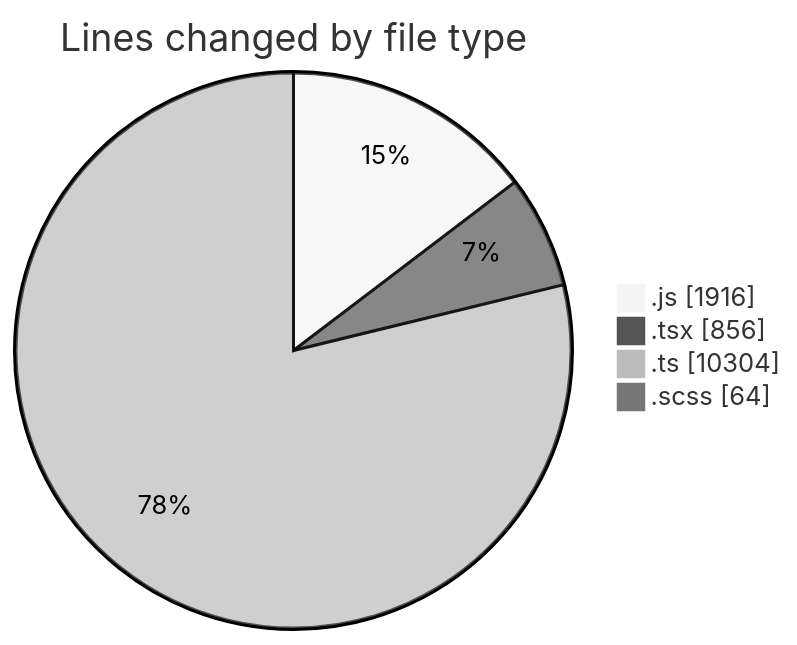
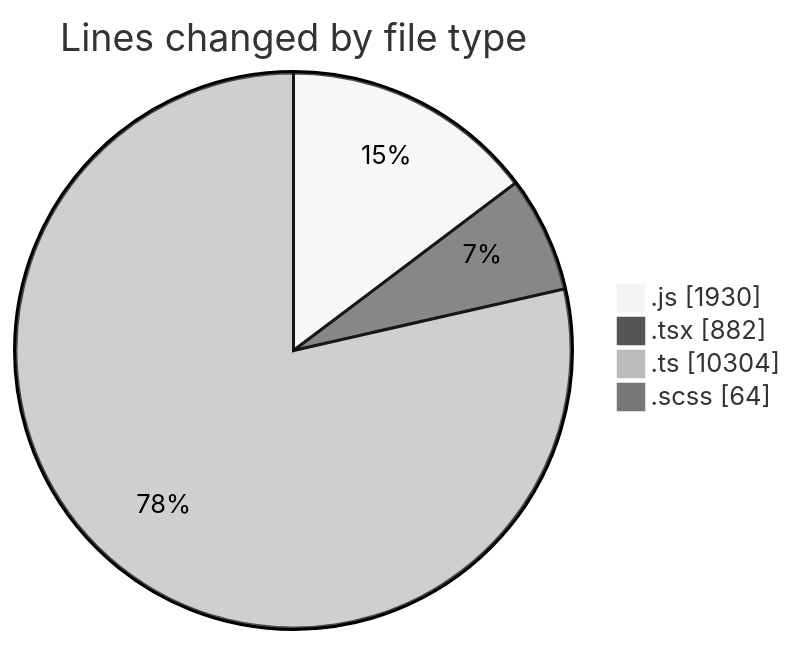
Before and after one commit to momahboobian/code-tracking: the first of 2 diagrams in 2025-03-13/cda/README.md, drawn with Mermaid (neutral theme). The commit also changed other lines of this file and 1 other file, not shown here.

````diff
--- a/2025-03-13/cda/README.md
+++ b/2025-03-13/cda/README.md
@@ -33,8 +33,8 @@
 ```mermaid
 pie showData
 title Lines changed by file type
-".js" : 1916
-".tsx" : 856
+".js" : 1930
+".tsx" : 882
 ".ts" : 10304
 ".scss" : 64
 ```
````
